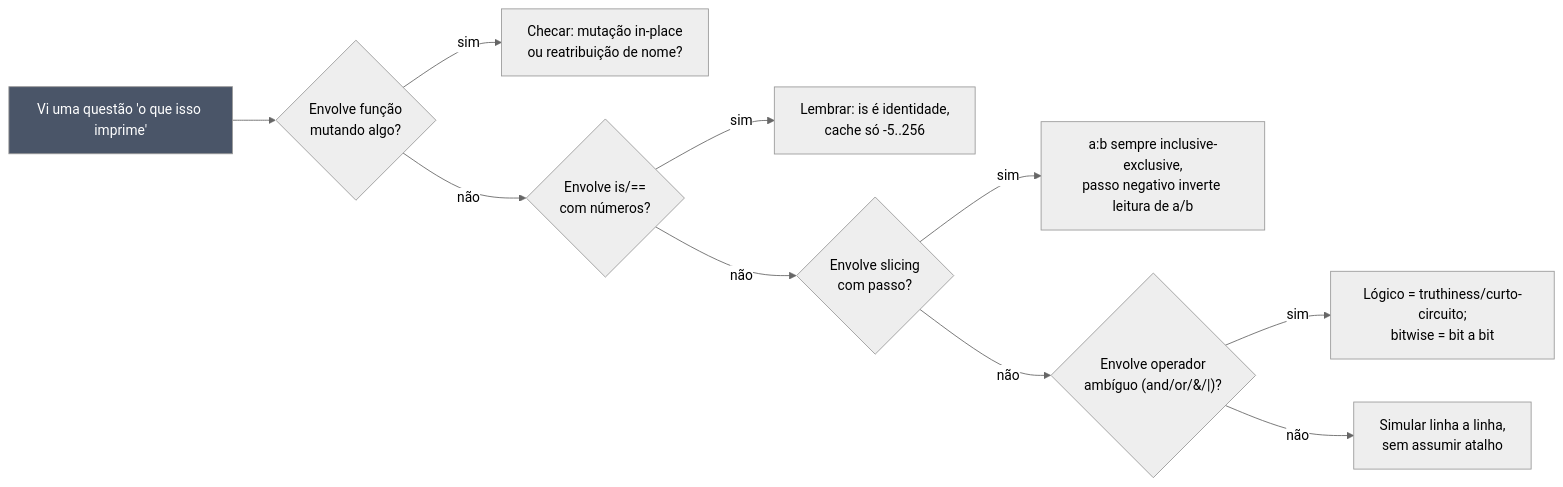
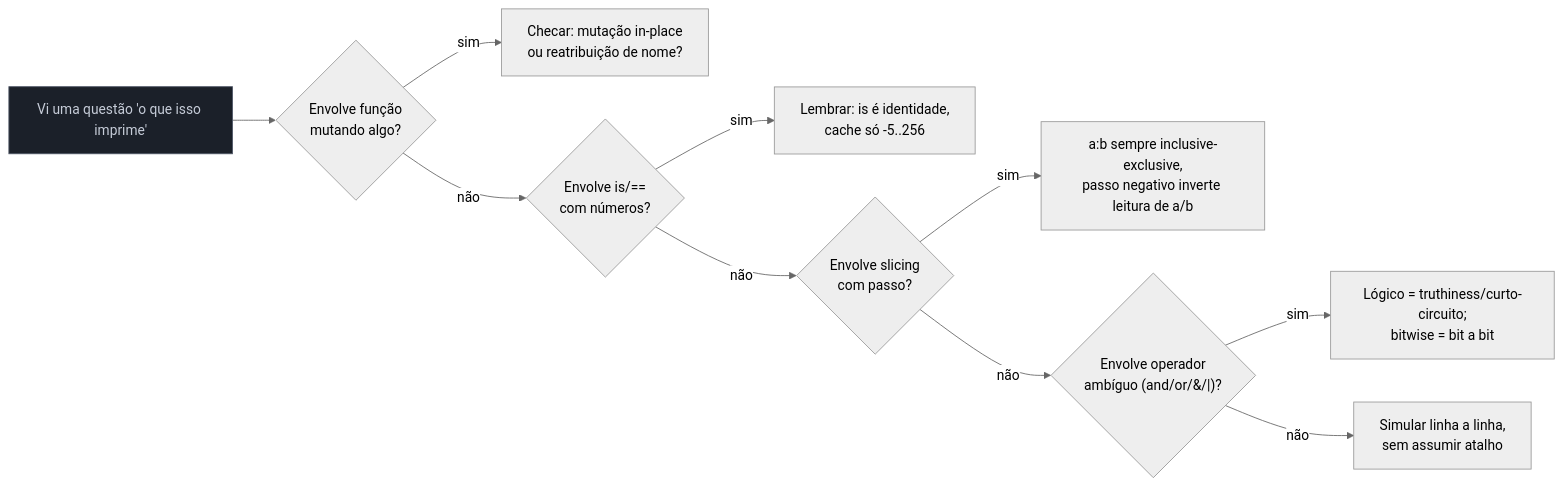
One commit to josenaldo/codex-technomanticus changed the second of 2 diagrams in 03-Dominios/Tecnologia/Python/Certificação (PCEP-PCAP)/06 - Armadilhas comuns e o estilo de questão da Python Institute.md. Above: the diagram before and after it, drawn with Mermaid (neutral theme). The commit also changed other lines of this file and 1181 other files, not shown here.

First line of the commit message:
fix(diagramas): paleta do sistema no lugar de cor cravada no markdown

````diff
--- a/03-Dominios/Tecnologia/Python/Certificação (PCEP-PCAP)/06 - Armadilhas comuns e o estilo de questão da Python Institute.md
+++ b/03-Dominios/Tecnologia/Python/Certificação (PCEP-PCAP)/06 - Armadilhas comuns e o estilo de questão da Python Institute.md
@@ -313,14 +314,15 @@
 ```mermaid
 flowchart LR
+    classDef neutro fill:#1B2029,stroke:#4E5666,color:#C6CCD8
     Q["Vi uma questão 'o que isso imprime'"] --> R1{"Envolve função<br/>mutando algo?"}
     R1 -->|sim| S1["Checar: mutação in-place<br/>ou reatribuição de nome?"]
     R1 -->|não| R2{"Envolve is/==<br/>com números?"}
     R2 -->|sim| S2["Lembrar: is é identidade,<br/>cache só -5..256"]
     R2 -->|não| R3{"Envolve slicing<br/>com passo?"}
     R3 -->|sim| S3["a:b sempre inclusive-exclusive,<br/>passo negativo inverte leitura de a/b"]
     R3 -->|não| R4{"Envolve operador<br/>ambíguo (and/or/&/|)?"}
     R4 -->|sim| S4["Lógico = truthiness/curto-circuito;<br/>bitwise = bit a bit"]
     R4 -->|não| R5["Simular linha a linha,<br/>sem assumir atalho"]
 
-    style Q fill:#4a5568,color:#fff
+    class Q neutro
 ```
````
